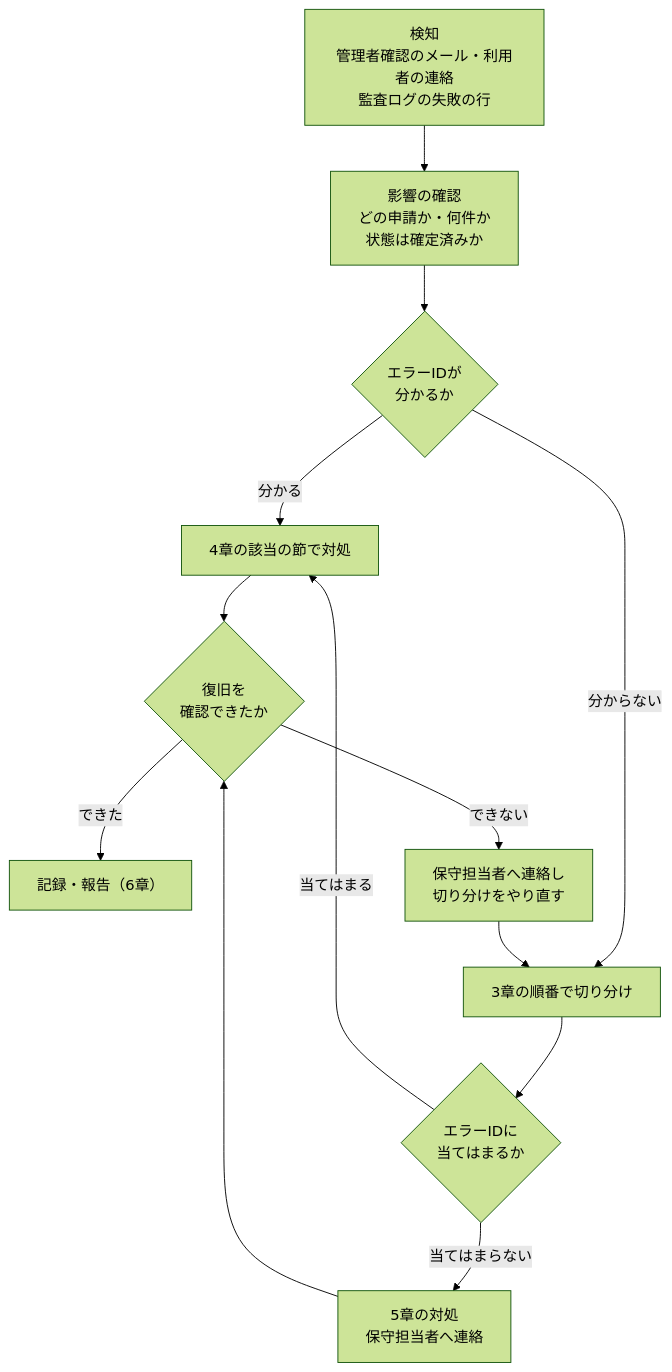
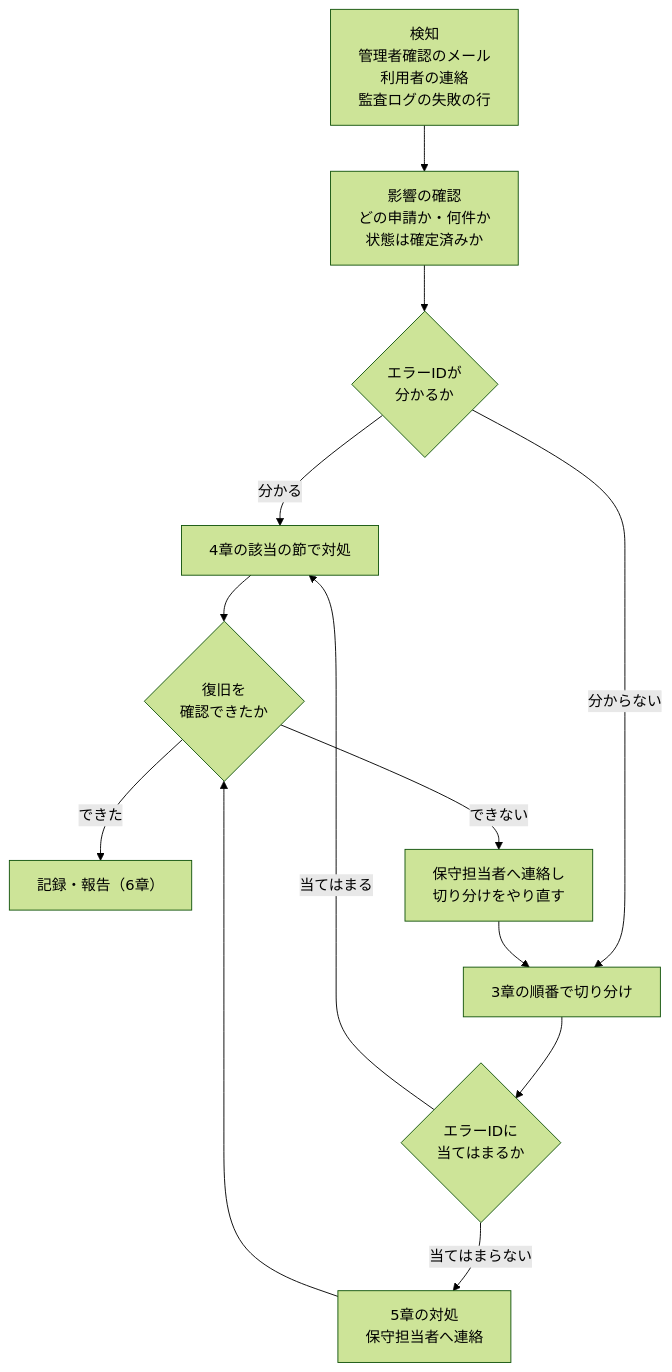
One commit to takato-y/gas-approval-workflow changed the diagram in docs/07_障害対応手順書.md. Above: the diagram before and after it, drawn with Mermaid (forest theme). The commit also changed other lines of this file, not shown here.

Commit message:
docs: 障害対応手順書の図の改行と実行ログ表の文言を調整

````diff
--- a/docs/07_障害対応手順書.md
+++ b/docs/07_障害対応手順書.md
@@ -36,15 +36,15 @@
 ```mermaid
 flowchart TD
-  A["検知<br/>管理者確認のメール・利用者の連絡<br/>監査ログの失敗の行"] --> B["影響の確認<br/>どの申請か・何件か<br/>状態は確定済みか"]
+  A["検知<br/>管理者確認のメール<br/>利用者の連絡<br/>監査ログの失敗の行"] --> B["影響の確認<br/>どの申請か・何件か<br/>状態は確定済みか"]
   B --> C{"エラーIDが<br/>分かるか"}
   C -- "分かる" --> D["4章の該当の節で対処"]
   C -- "分からない" --> E["3章の順番で切り分け"]
   E --> F{"エラーIDに<br/>当てはまるか"}
   F -- "当てはまる" --> D
   F -- "当てはまらない" --> G["5章の対処<br/>保守担当者へ連絡"]
   D --> H{"復旧を<br/>確認できたか"}
   G --> H
   H -- "できた" --> I["記録・報告（6章）"]
   H -- "できない" --> J["保守担当者へ連絡し<br/>切り分けをやり直す"]
   J --> E
 ```
````
